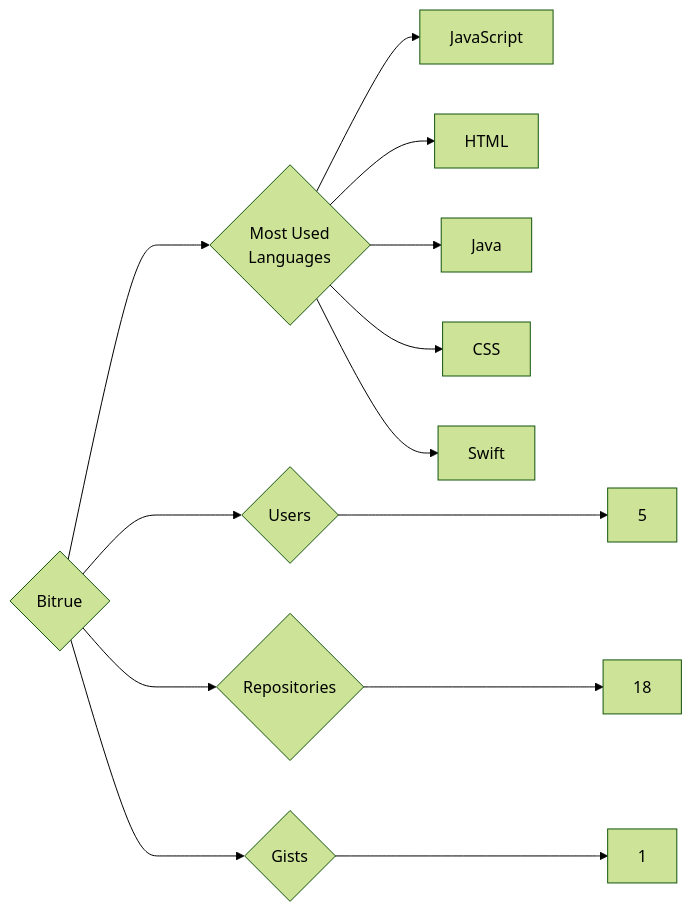
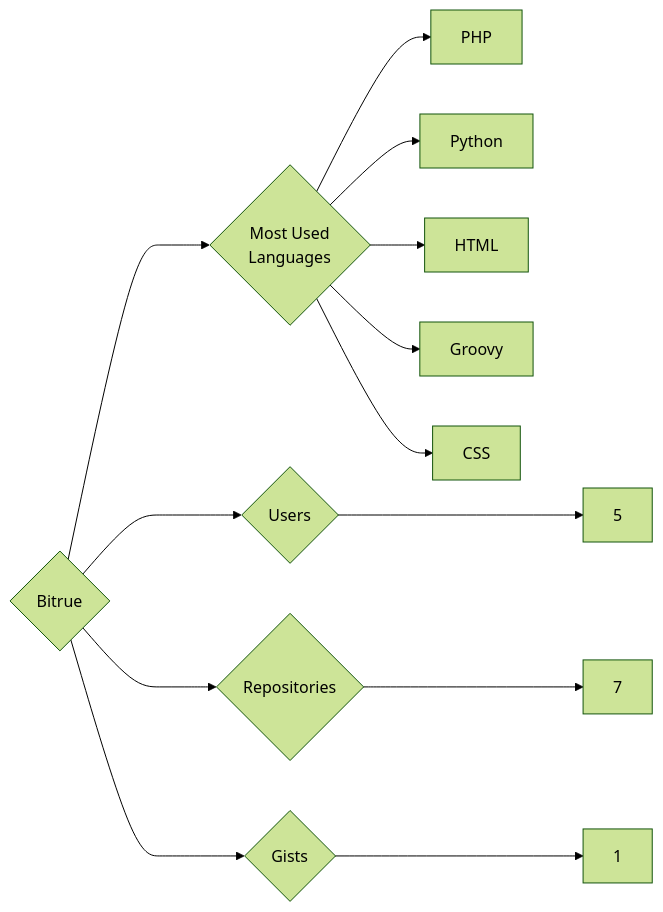
One commit to trickest/insiders changed the diagram in targets/Bitrue/README.md. Above: the diagram before and after it, drawn with Mermaid (forest theme). The commit also changed 772 other files, not shown here.

````diff
--- a/targets/Bitrue/README.md
+++ b/targets/Bitrue/README.md
@@ -3,13 +3,13 @@
 ```mermaid
 graph LR
 COMPANY_NAME{Bitrue}
 COMPANY_NAME ---> U{Users} ---> UN[5]
-COMPANY_NAME ---> R{Repositories} ---> RN[18]
+COMPANY_NAME ---> R{Repositories} ---> RN[7]
 COMPANY_NAME ---> G{Gists} ---> GN[1]
 COMPANY_NAME ---> ML{Most Used<br>Languages}
-ML --> JavaScript[JavaScript]
+ML --> PHP[PHP]
+ML --> Python[Python]
 ML --> HTML[HTML]
-ML --> Java[Java]
+ML --> Groovy[Groovy]
 ML --> CSS[CSS]
-ML --> Swift[Swift]
 ```
````
